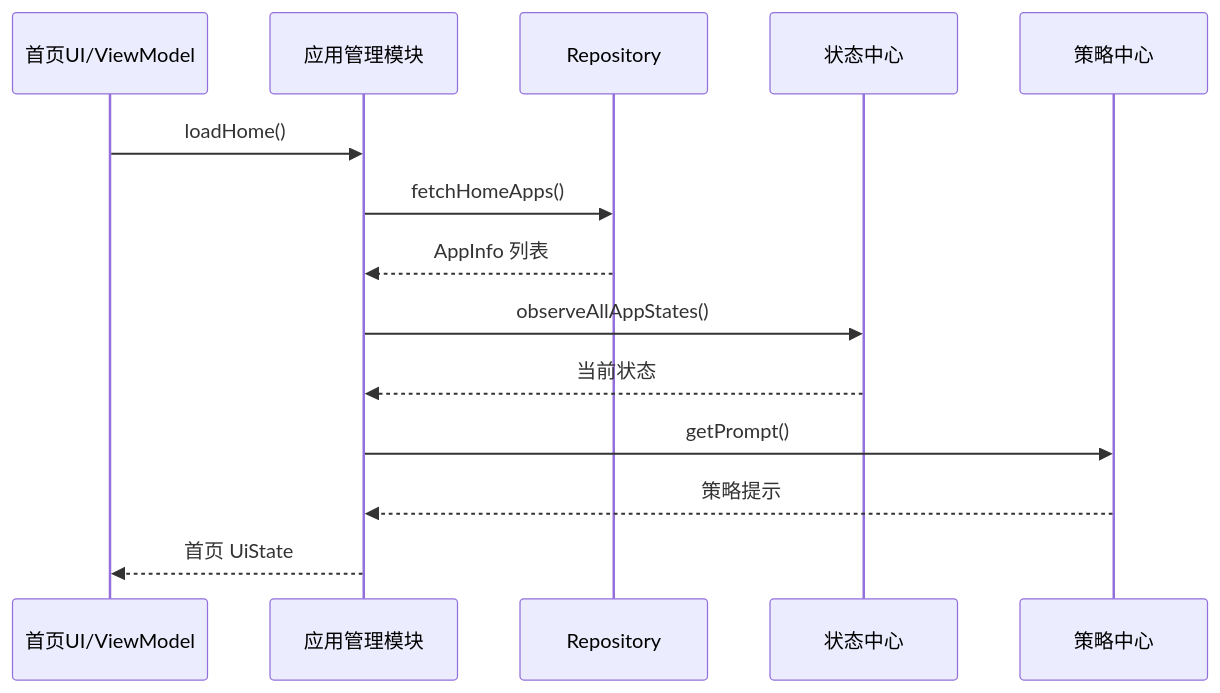
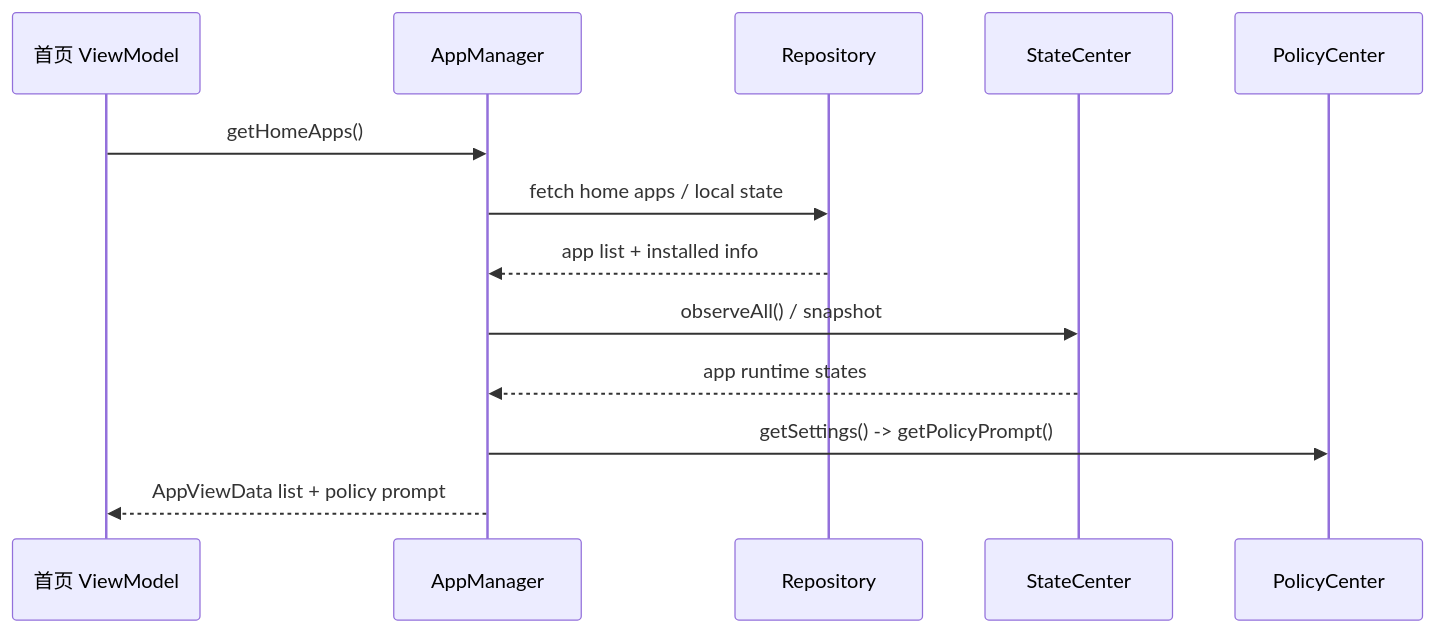
The first of 6 diagrams in docs/05-核心时序图.md (XZQ/CarAppStore), drawn with Mermaid before and after one commit. The commit also changed other lines of this file and 35 other files, not shown here.

Commit message:
docs: reorganize architecture docs and handoff guide

````diff
--- a/docs/05-核心时序图.md
+++ b/docs/05-核心时序图.md
@@ -5,17 +5,16 @@
 ```mermaid
 sequenceDiagram
-participant UI as 首页UI/ViewModel
-participant AM as 应用管理模块
+participant UI as 首页 ViewModel
+participant AM as AppManager
 participant Repo as Repository
-participant State as 状态中心
-participant Policy as 策略中心
+participant State as StateCenter
+participant Policy as PolicyCenter
 
-UI->>AM: loadHome()
-AM->>Repo: fetchHomeApps()
-Repo-->>AM: AppInfo 列表
-AM->>State: observeAllAppStates()
-State-->>AM: 当前状态
-AM->>Policy: getPrompt()
-Policy-->>AM: 策略提示
-AM-->>UI: 首页 UiState
+UI->>AM: getHomeApps()
+AM->>Repo: fetch home apps / local state
+Repo-->>AM: app list + installed info
+AM->>State: observeAll() / snapshot
+State-->>AM: app runtime states
+AM->>Policy: getSettings() -> getPolicyPrompt()
+AM-->>UI: AppViewData list + policy prompt
 ```
````
